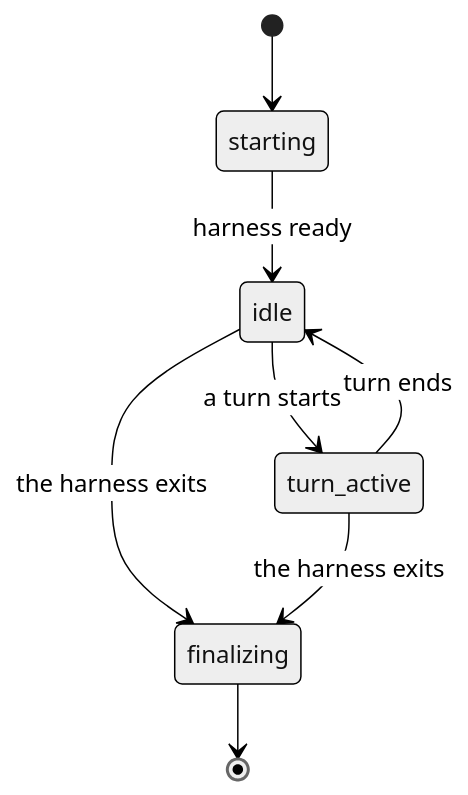
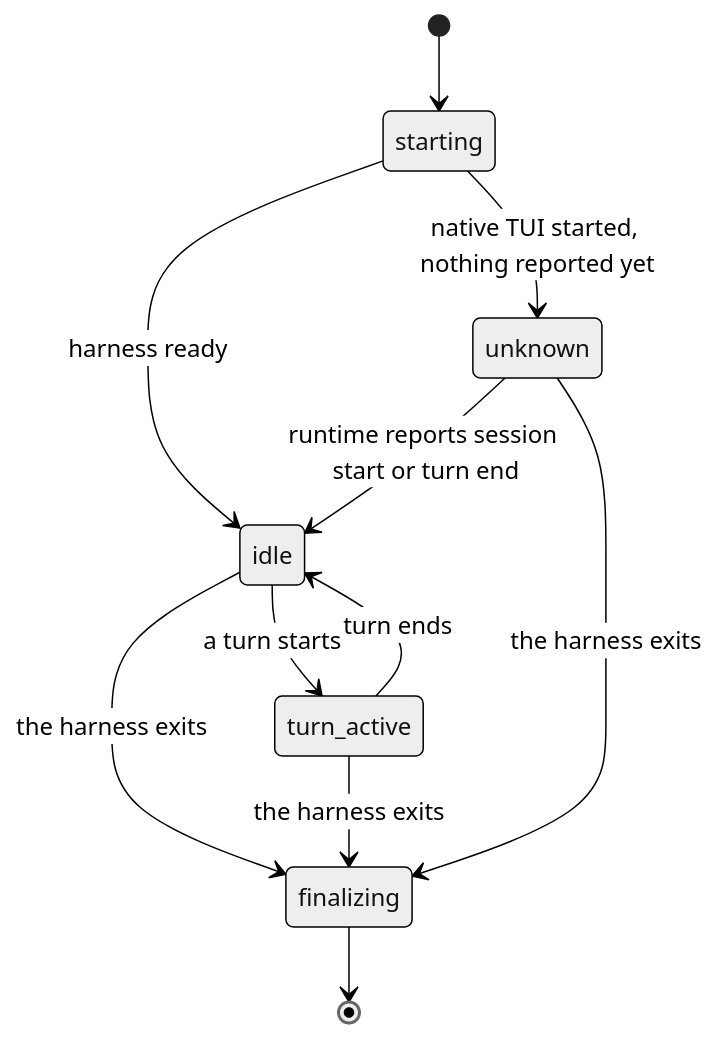
One commit to haowjy/meridian-cli changed the second of 3 diagrams in src/meridian/lib/state/.context/state-machines.md. Above: the diagram before and after it, drawn with Mermaid (neutral theme). The commit also changed other lines of this file and 5 other files, not shown here.

Commit message:
docs: turn activity writers, idle activity command, runtime hook tables

````diff
--- a/src/meridian/lib/state/.context/state-machines.md
+++ b/src/meridian/lib/state/.context/state-machines.md
@@ -42,10 +42,13 @@
 ```mermaid
 stateDiagram-v2
   [*] --> starting
+  starting --> unknown: native TUI started, nothing reported yet
   starting --> idle: harness ready
+  unknown --> idle: runtime reports session start or turn end
   idle --> turn_active: a turn starts
   turn_active --> idle: turn ends
   idle --> finalizing: the harness exits
   turn_active --> finalizing: the harness exits
+  unknown --> finalizing: the harness exits
   finalizing --> [*]
 ```
````
